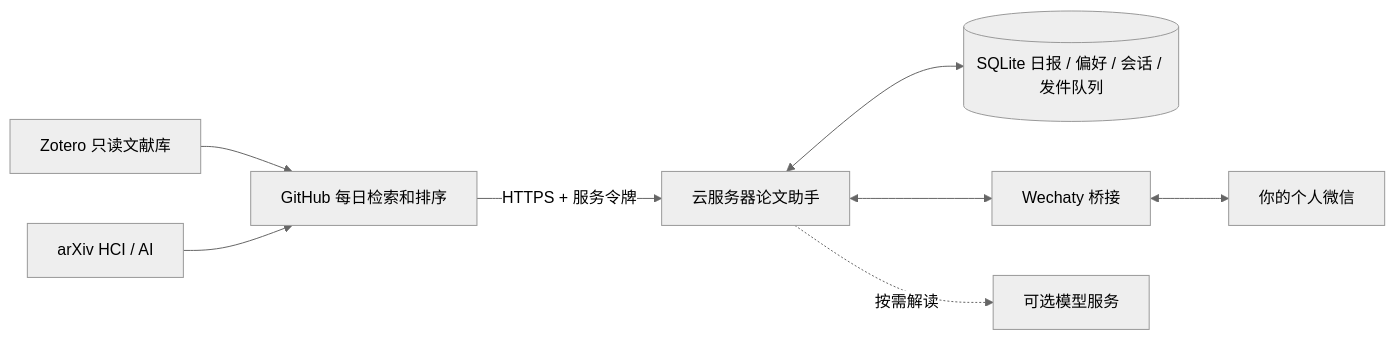
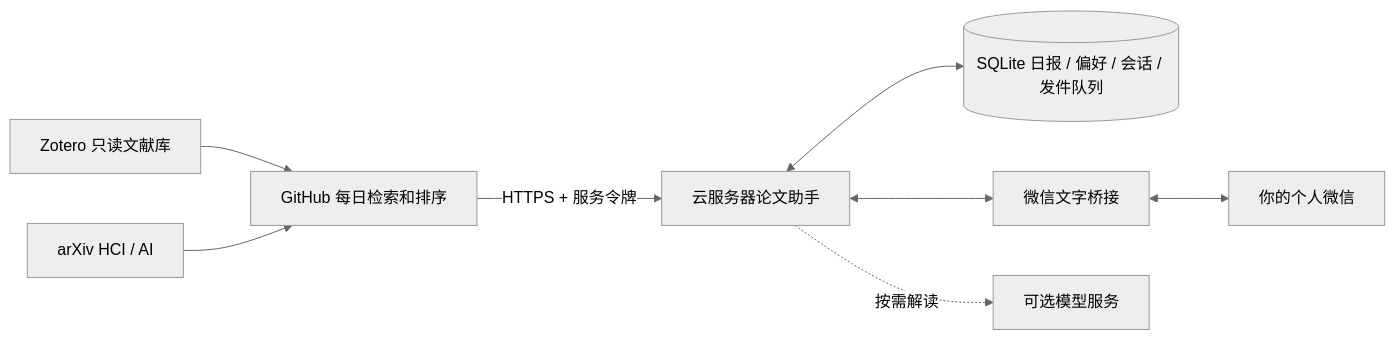
The diagram in docs/paper-assistant-zh.md (WANYiran/zotero-arxiv-daily), drawn with Mermaid (neutral theme) before and after one commit. The commit also changed other lines of this file and 6 other files, not shown here.

````diff
--- a/docs/paper-assistant-zh.md
+++ b/docs/paper-assistant-zh.md
@@ -13,10 +13,10 @@
 ```mermaid
 flowchart LR
     Z[Zotero 只读文献库] --> G[GitHub 每日检索和排序]
     A[arXiv HCI / AI] --> G
     G -->|HTTPS + 服务令牌| S[云服务器论文助手]
     S <--> D[(SQLite 日报 / 偏好 / 会话 / 发件队列)]
-    S <--> B[Wechaty 桥接]
+    S <--> B[微信文字桥接]
     B <--> W[你的个人微信]
     S -. 按需解读 .-> M[可选模型服务]
 ```
````
